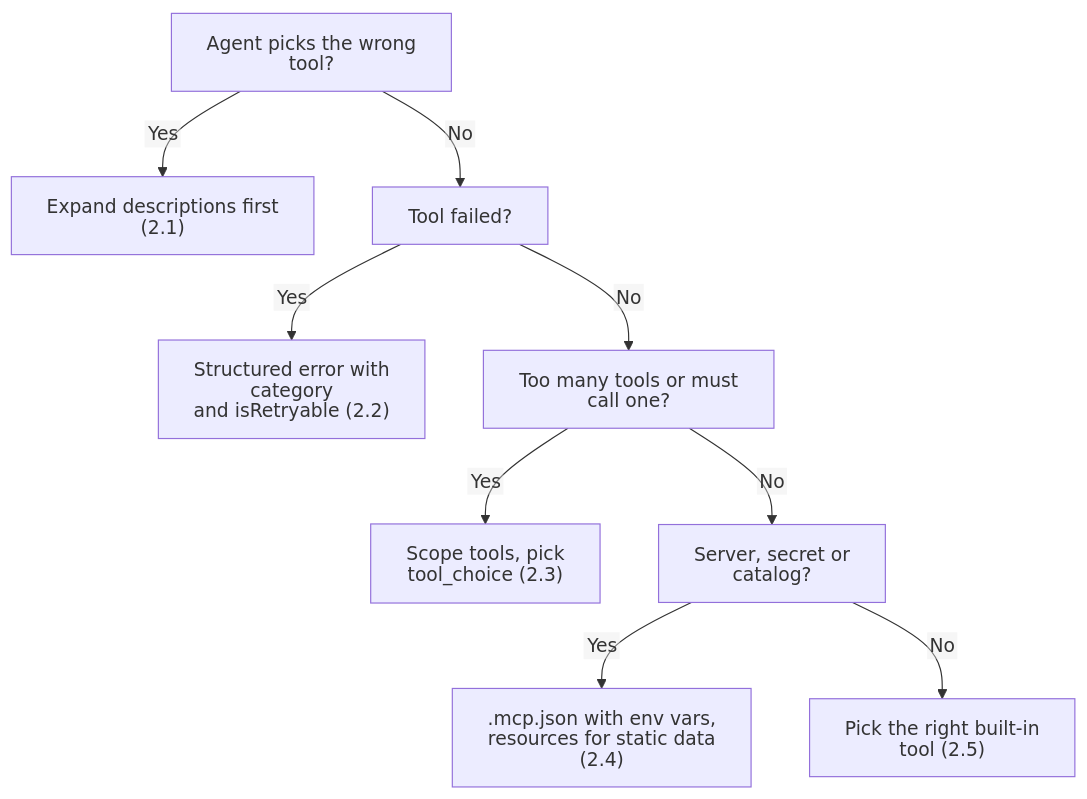
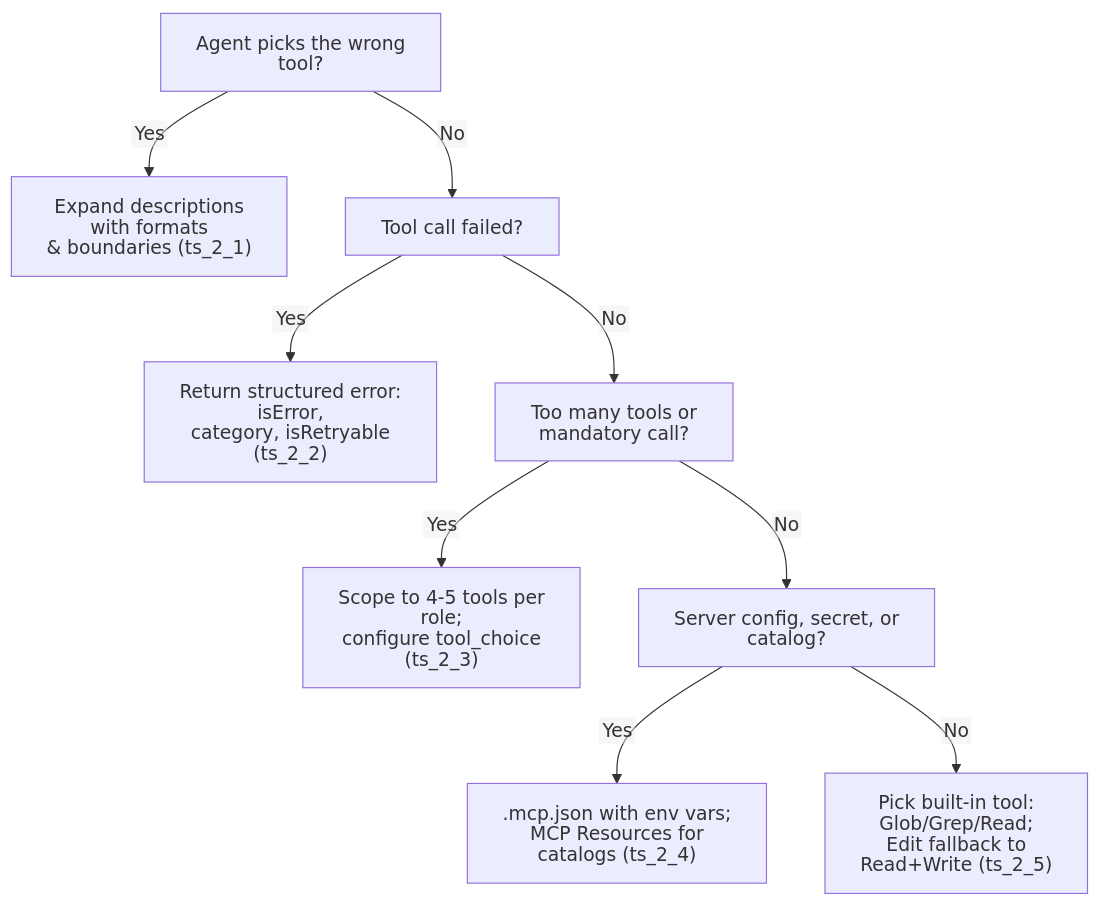
One commit to dip4k/claude_cert_architect_foundation_prep changed the third of 3 diagrams in domain2/README.md. Above: the diagram before and after it, drawn with Mermaid. The commit also changed other lines of this file and 50 other files, not shown here.

````diff
--- a/domain2/README.md
+++ b/domain2/README.md
@@ -87,15 +128,15 @@
 ```mermaid
 ---
 config:
   htmlLabels: false
 ---
 flowchart TD
-    Q1["Agent picks the wrong tool?"] -->|"Yes"| A1["Expand descriptions first (2.1)"]
-    Q1 -->|"No"| Q2["Tool failed?"]
-    Q2 -->|"Yes"| A2["Structured error with category<br>and isRetryable (2.2)"]
-    Q2 -->|"No"| Q3["Too many tools or must call one?"]
-    Q3 -->|"Yes"| A3["Scope tools, pick tool_choice (2.3)"]
-    Q3 -->|"No"| Q4["Server, secret or catalog?"]
-    Q4 -->|"Yes"| A4[".mcp.json with env vars,<br>resources for static data (2.4)"]
-    Q4 -->|"No"| A5["Pick the right built-in tool (2.5)"]
+    Q1["Agent picks the wrong tool?"] -->|"Yes"| A1["Expand descriptions with formats<br>& boundaries (ts_2_1)"]
+    Q1 -->|"No"| Q2["Tool call failed?"]
+    Q2 -->|"Yes"| A2["Return structured error: isError,<br>category, isRetryable (ts_2_2)"]
+    Q2 -->|"No"| Q3["Too many tools or mandatory call?"]
+    Q3 -->|"Yes"| A3["Scope to 4-5 tools per role;<br>configure tool_choice (ts_2_3)"]
+    Q3 -->|"No"| Q4["Server config, secret, or catalog?"]
+    Q4 -->|"Yes"| A4[".mcp.json with env vars;<br>MCP Resources for catalogs (ts_2_4)"]
+    Q4 -->|"No"| A5["Pick built-in tool: Glob/Grep/Read;<br>Edit fallback to Read+Write (ts_2_5)"]
 ```
````
